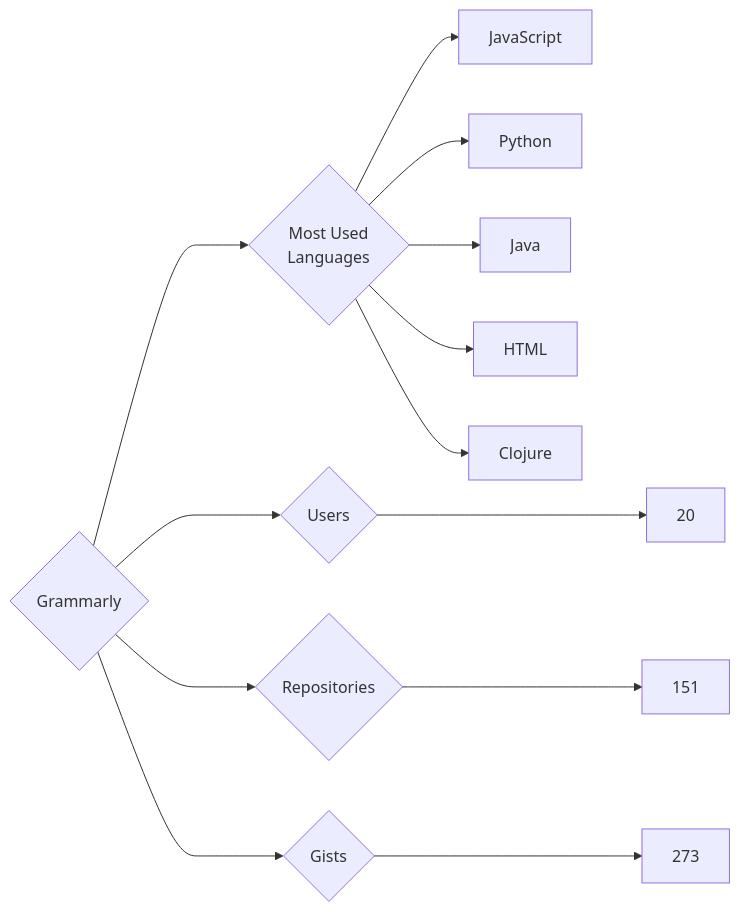
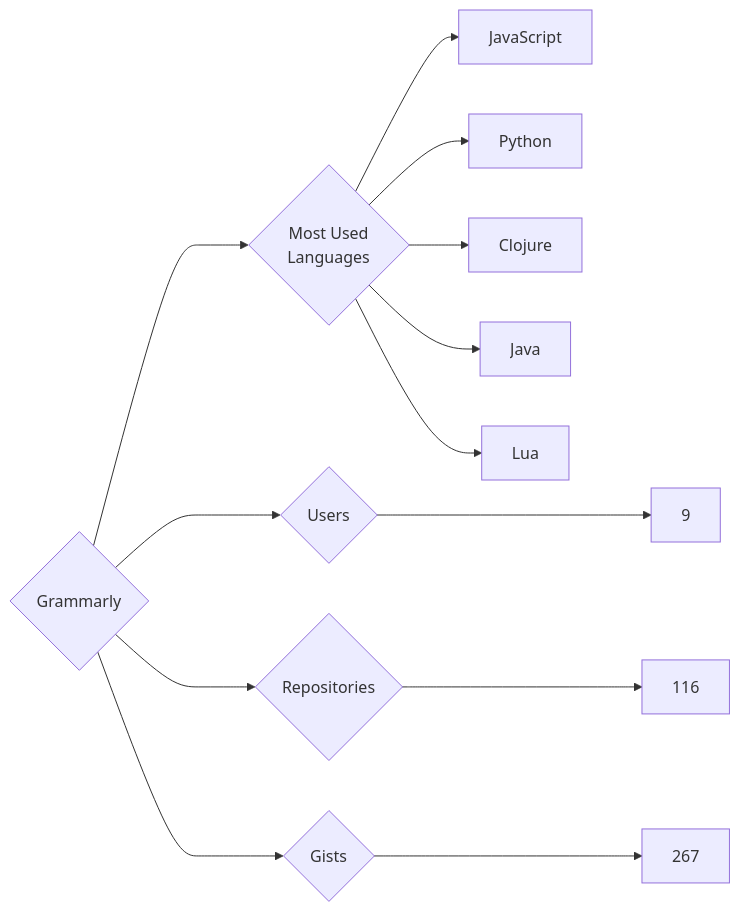
The diagram in targets/Grammarly/README.md (trickest/insiders), drawn with Mermaid before and after one commit. The commit also changed 777 other files, not shown here.

````diff
--- a/targets/Grammarly/README.md
+++ b/targets/Grammarly/README.md
@@ -3,13 +3,13 @@
 ```mermaid
 graph LR
 COMPANY_NAME{Grammarly}
-COMPANY_NAME ---> U{Users} ---> UN[20]
-COMPANY_NAME ---> R{Repositories} ---> RN[151]
-COMPANY_NAME ---> G{Gists} ---> GN[273]
+COMPANY_NAME ---> U{Users} ---> UN[9]
+COMPANY_NAME ---> R{Repositories} ---> RN[116]
+COMPANY_NAME ---> G{Gists} ---> GN[267]
 COMPANY_NAME ---> ML{Most Used<br>Languages}
 ML --> JavaScript[JavaScript]
 ML --> Python[Python]
+ML --> Clojure[Clojure]
 ML --> Java[Java]
-ML --> HTML[HTML]
-ML --> Clojure[Clojure]
+ML --> Lua[Lua]
 ```
````
